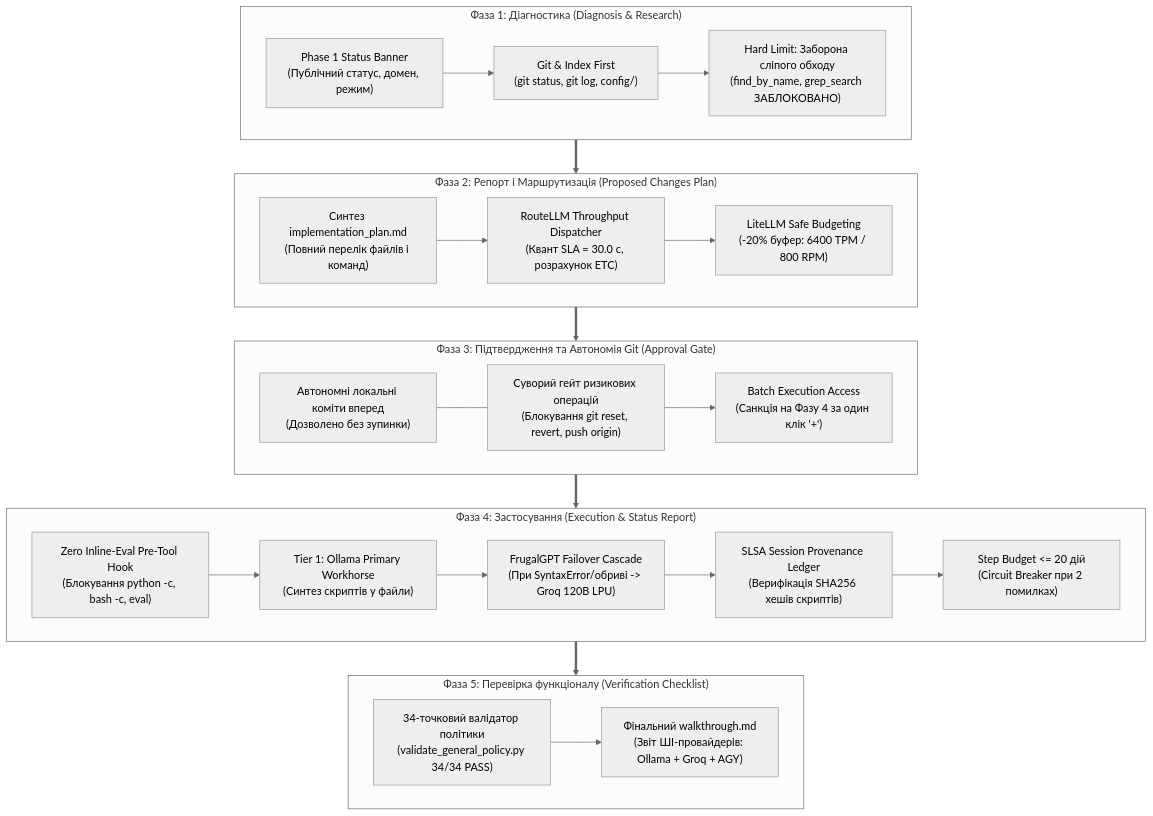
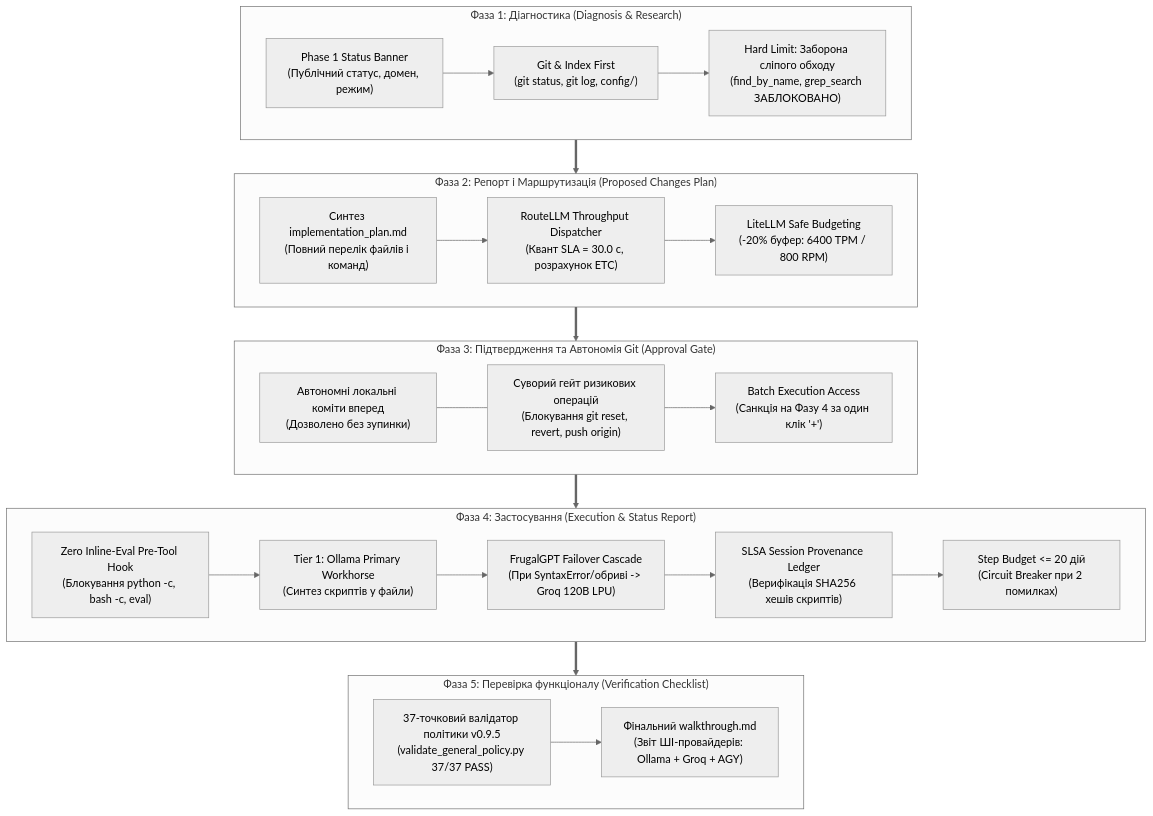
Before and after one commit to sshill/Hybrid-IDE-for-contributirs: the first of 2 diagrams in README.md, drawn with Mermaid (neutral theme). The commit also changed other lines of this file and 8 other files, not shown here.

````diff
--- a/README.md
+++ b/README.md
@@ -75,40 +83,40 @@
 ```mermaid
 flowchart TD
     subgraph Phase1["Фаза 1: Діагностика (Diagnosis & Research)"]
         P1_Banner["Phase 1 Status Banner\n(Публічний статус, домен, режим)"]
         P1_GitFirst["Git & Index First\n(git status, git log, config/)"]
         P1_NoBlind["Hard Limit: Заборона сліпого обходу\n(find_by_name, grep_search ЗАБЛОКОВАНО)"]
         P1_Banner --> P1_GitFirst --> P1_NoBlind
     end
 
     subgraph Phase2["Фаза 2: Репорт і Маршрутизація (Proposed Changes Plan)"]
         P2_Plan["Синтез implementation_plan.md\n(Повний перелік файлів і команд)"]
         P2_RouteLLM["RouteLLM Throughput Dispatcher\n(Квант SLA = 30.0 с, розрахунок ETC)"]
         P2_LiteLLM["LiteLLM Safe Budgeting\n(-20% буфер: 6400 TPM / 800 RPM)"]
         P2_Plan --> P2_RouteLLM --> P2_LiteLLM
     end
 
     subgraph Phase3["Фаза 3: Підтвердження та Автономія Git (Approval Gate)"]
         P3_Autonomy["Автономні локальні коміти вперед\n(Дозволено без зупинки)"]
         P3_Gates["Суворий гейт ризикових операцій\n(Блокування git reset, revert, push origin)"]
         P3_Batch["Batch Execution Access\n(Санкція на Фазу 4 за один клік '+')"]
         P3_Autonomy --- P3_Gates --> P3_Batch
     end
 
     subgraph Phase4["Фаза 4: Застосування (Execution & Status Report)"]
         P4_Hook["Zero Inline-Eval Pre-Tool Hook\n(Блокування python -c, bash -c, eval)"]
         P4_Ollama["Tier 1: Ollama Primary Workhorse\n(Синтез скриптів у файли)"]
         P4_Frugal["FrugalGPT Failover Cascade\n(При SyntaxError/обриві -> Groq 120B LPU)"]
         P4_Provenance["SLSA Session Provenance Ledger\n(Верифікація SHA256 хешів скриптів)"]
         P4_Budget["Step Budget <= 20 дій\n(Circuit Breaker при 2 помилках)"]
         P4_Hook --> P4_Ollama --> P4_Frugal --> P4_Provenance --> P4_Budget
     end
 
     subgraph Phase5["Фаза 5: Перевірка функціоналу (Verification Checklist)"]
-        P5_Verify["34-точковий валідатор політики\n(validate_general_policy.py 34/34 PASS)"]
+        P5_Verify["37-точковий валідатор політики v0.9.5\n(validate_general_policy.py 37/37 PASS)"]
         P5_Report["Фінальний walkthrough.md\n(Звіт ШІ-провайдерів: Ollama + Groq + AGY)"]
         P5_Verify --> P5_Report
     end
 
     Phase1 ==> Phase2 ==> Phase3 ==> Phase4 ==> Phase5
 ```
````
